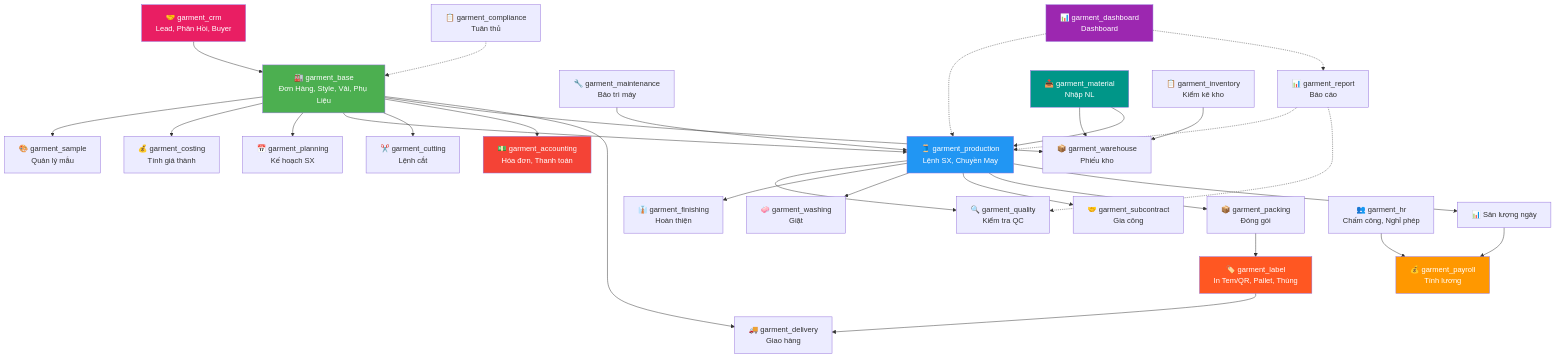
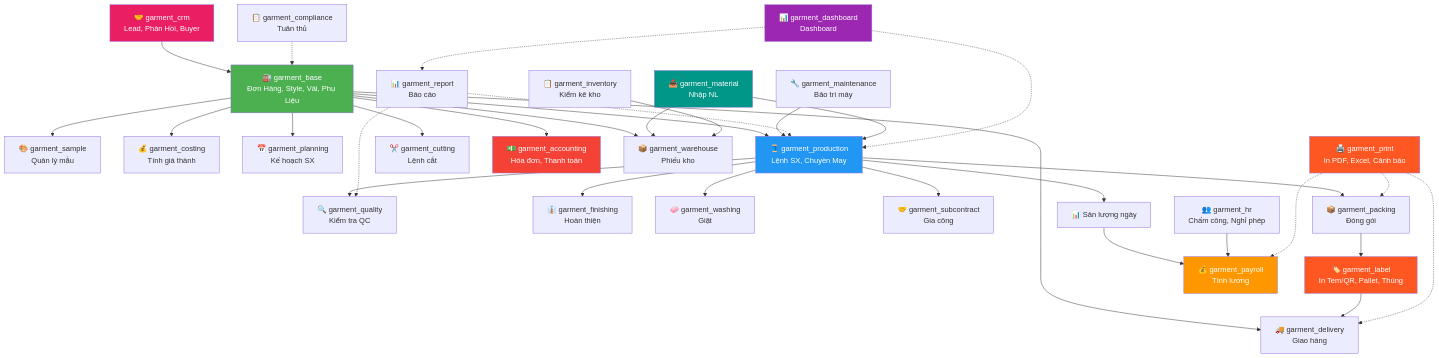
One commit to phongbksneep/odoo-garment-project changed the second of 10 diagrams in docs/QUICK_START.md. Above: the diagram before and after it, drawn with Mermaid. The commit also changed other lines of this file and 22 other files, not shown here.

First line of the commit message:
feat: Add garment_print module — PDF reports, Excel export, auto alerts

````diff
--- a/docs/QUICK_START.md
+++ b/docs/QUICK_START.md
@@ -89,46 +89,50 @@
 ```mermaid
 graph TB
     BASE[🏭 garment_base\nĐơn Hàng, Style, Vải, Phụ Liệu]
 
     CRM[🤝 garment_crm\nLead, Phản Hồi, Buyer] --> BASE
     BASE --> SAMPLE[🎨 garment_sample\nQuản lý mẫu]
     BASE --> COSTING[💰 garment_costing\nTính giá thành]
     BASE --> PLANNING[📅 garment_planning\nKế hoạch SX]
     BASE --> PRODUCTION[🧵 garment_production\nLệnh SX, Chuyền May]
     BASE --> CUTTING[✂️ garment_cutting\nLệnh cắt]
     BASE --> ACCOUNTING[💵 garment_accounting\nHóa đơn, Thanh toán]
     BASE --> WAREHOUSE[📦 garment_warehouse\nPhiếu kho]
     BASE --> DELIVERY[🚚 garment_delivery\nGiao hàng]
 
     PRODUCTION --> QUALITY[🔍 garment_quality\nKiểm tra QC]
     PRODUCTION --> FINISHING[👔 garment_finishing\nHoàn thiện]
     PRODUCTION --> WASHING[🧼 garment_washing\nGiặt]
     PRODUCTION --> SUBCONTRACT[🤝 garment_subcontract\nGia công]
     PRODUCTION --> PACKING[📦 garment_packing\nĐóng gói]
     PRODUCTION --> DAILY[📊 Sản lượng ngày]
 
     PACKING --> LABEL[🏷️ garment_label\nIn Tem/QR, Pallet, Thùng]
     LABEL --> DELIVERY
 
     DAILY --> PAYROLL[💰 garment_payroll\nTính lương]
     HR[👥 garment_hr\nChấm công, Nghỉ phép] --> PAYROLL
 
     MAINTENANCE[🔧 garment_maintenance\nBảo trì máy] --> PRODUCTION
     COMPLIANCE[📋 garment_compliance\nTuân thủ] -.-> BASE
     REPORT[📊 garment_report\nBáo cáo] -.-> PRODUCTION
     REPORT -.-> QUALITY
     MATERIAL[📥 garment_material\nNhập NL] --> WAREHOUSE
     MATERIAL --> PRODUCTION
     INVENTORY[📋 garment_inventory\nKiểm kê kho] --> WAREHOUSE
     DASHBOARD[📊 garment_dashboard\nDashboard] -.-> PRODUCTION
     DASHBOARD -.-> REPORT
+    PRINT[🖨️ garment_print\nIn PDF, Excel, Cảnh báo] -.-> PAYROLL
+    PRINT -.-> PACKING
+    PRINT -.-> DELIVERY
 
     style BASE fill:#4CAF50,color:#fff
     style PRODUCTION fill:#2196F3,color:#fff
     style PAYROLL fill:#FF9800,color:#fff
     style ACCOUNTING fill:#F44336,color:#fff
     style DASHBOARD fill:#9C27B0,color:#fff
+    style PRINT fill:#FF5722,color:#fff
     style MATERIAL fill:#009688,color:#fff
     style CRM fill:#E91E63,color:#fff
     style LABEL fill:#FF5722,color:#fff
 ```
````
